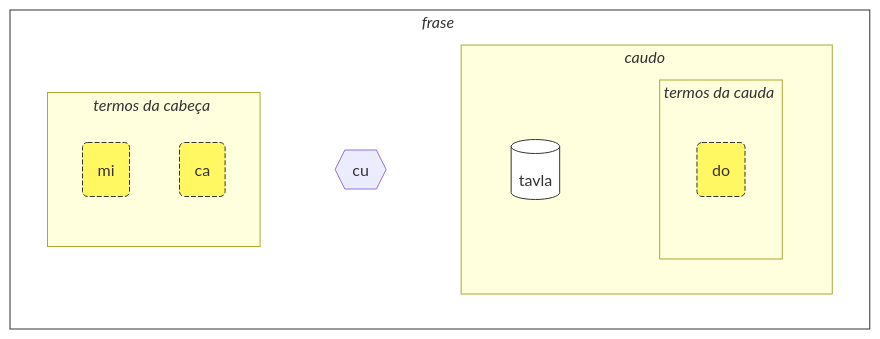
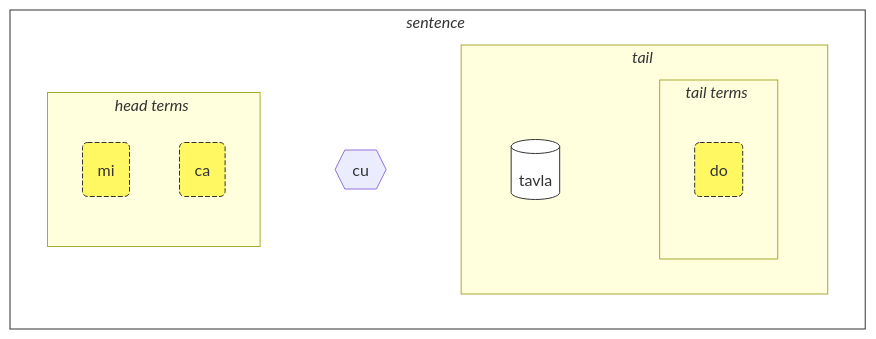
Before and after one commit to La-Lojban/lojban.pw: the first of 2 diagrams in data/pages/pt/books/learn-lojban/!1.md, drawn with Mermaid. The commit also changed other lines of this file and 26 other files, not shown here.

````diff
--- a/data/pages/pt/books/learn-lojban/!1.md
+++ b/data/pages/pt/books/learn-lojban/!1.md
@@ -179,40 +179,40 @@
 ```mermaid
 flowchart LR
     %% common structure:
-    subgraph sentence["<i>frase</i>#nbsp;"]
+    subgraph sentence["<i>sentence</i>#nbsp;"]
         direction LR
         head-terms
         cu{{"cu"}}
         tail
     end
     head-terms ~~~ cu ~~~ tail
-    subgraph tail["<i>caudo</i>#nbsp;"]
+    subgraph tail["<i>tail</i>#nbsp;"]
         direction LR
         selbri ~~~ tail-terms
     end
     %%  semi-automated
-    subgraph head-terms["<i>termos da cabeça</i>#nbsp;"]
+    subgraph head-terms["<i>head terms</i>#nbsp;"]
         t1
         t2
     end
-    subgraph tail-terms["<i>termos da cauda</i>#nbsp;"]
+    subgraph tail-terms["<i>tail terms</i>#nbsp;"]
         tt3
         %% tt4
     end
     %%todo: automatically link all terms to selbri
 
     t1(mi)
     t2(ca)
     selbri[(tavla)]
     tt3(do)
     %% tt4["la .lojban."]
 
     classDef x fill:#FFF863,stroke:#333,stroke-width:1px,stroke-dasharray: 5 2;
     class t1 x;
     class t2 x;
     class tt3 x;
     classDef blabi fill:#fff,stroke:#333;
     class selbri blabi;
     class sentence blabi;
 
 ```
````
